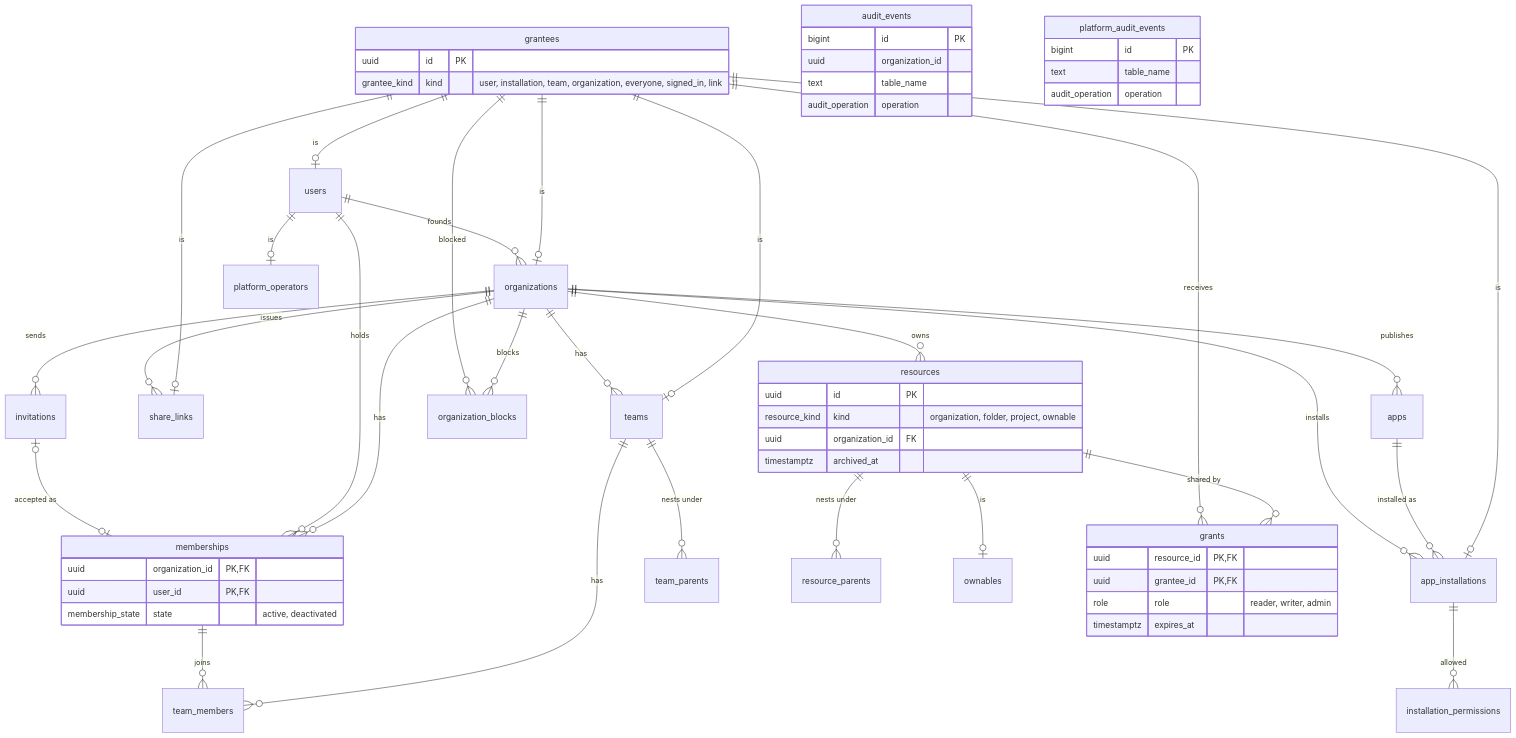
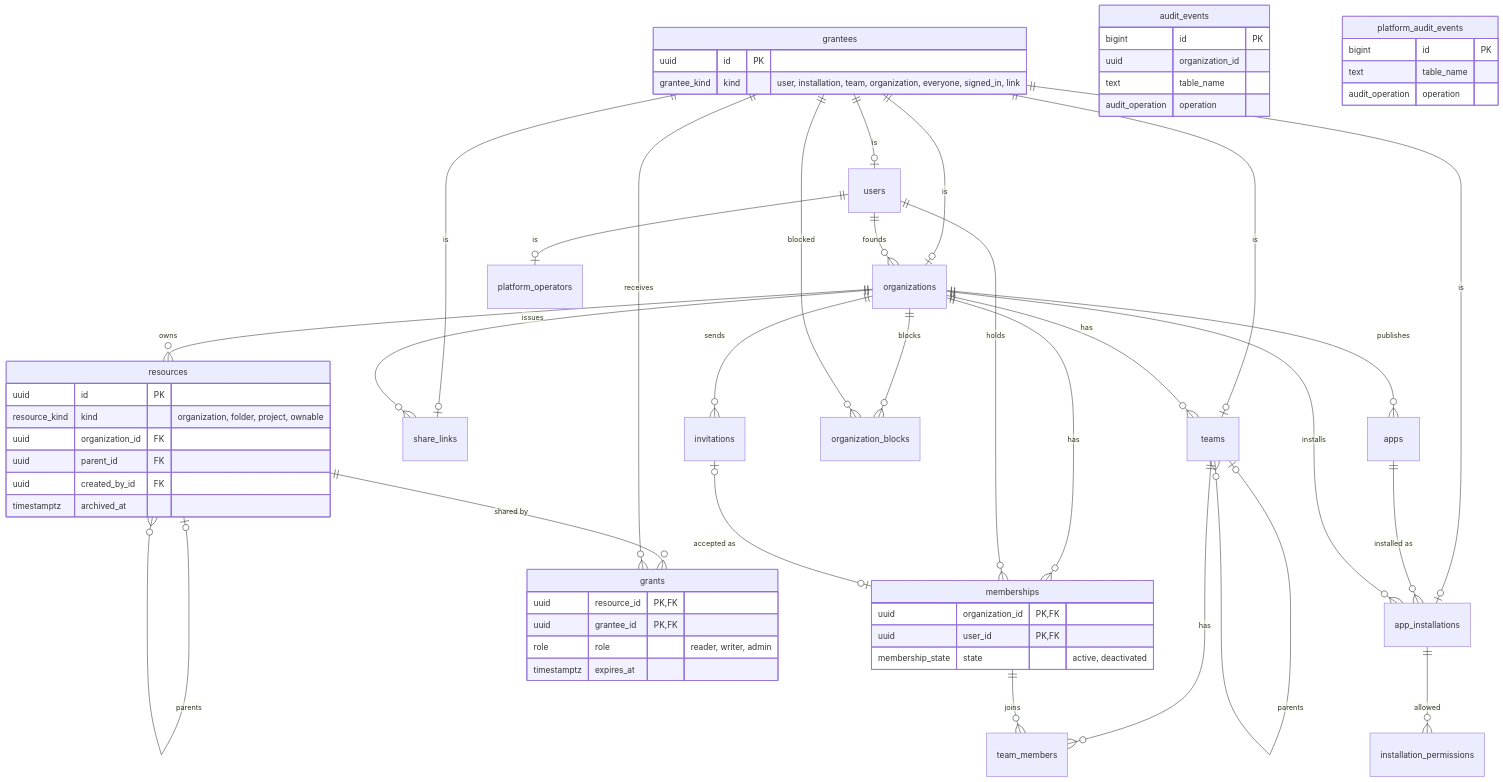
The diagram in README.md (connetto-rs/connetto-schema), drawn with Mermaid before and after one commit. The commit also changed other lines of this file and 50 other files, not shown here.

Commit message:
Fold resources and teams into single parent-keyed tables

````diff
--- a/README.md
+++ b/README.md
@@ -10,66 +10,67 @@
 ```mermaid
 erDiagram
     grantees ||--o| users : "is"
     grantees ||--o| organizations : "is"
     grantees ||--o| teams : "is"
     grantees ||--o| share_links : "is"
     grantees ||--o| app_installations : "is"
     users ||--o| platform_operators : "is"
 
     users ||--o{ organizations : "founds"
     organizations ||--o{ invitations : "sends"
     organizations ||--o{ memberships : "has"
     users ||--o{ memberships : "holds"
     invitations |o--o| memberships : "accepted as"
     organizations ||--o{ teams : "has"
-    teams ||--o{ team_parents : "nests under"
+    teams |o--o{ teams : "parents"
     teams ||--o{ team_members : "has"
     memberships ||--o{ team_members : "joins"
 
     organizations ||--o{ resources : "owns"
-    resources ||--o{ resource_parents : "nests under"
-    resources ||--o| ownables : "is"
+    resources |o--o{ resources : "parents"
     resources ||--o{ grants : "shared by"
     grantees ||--o{ grants : "receives"
     organizations ||--o{ share_links : "issues"
     organizations ||--o{ organization_blocks : "blocks"
     grantees ||--o{ organization_blocks : "blocked"
 
     organizations ||--o{ apps : "publishes"
     apps ||--o{ app_installations : "installed as"
     organizations ||--o{ app_installations : "installs"
     app_installations ||--o{ installation_permissions : "allowed"
 
     grantees {
         uuid id PK
         grantee_kind kind "user, installation, team, organization, everyone, signed_in, link"
     }
     resources {
         uuid id PK
         resource_kind kind "organization, folder, project, ownable"
         uuid organization_id FK
+        uuid parent_id FK
+        uuid created_by_id FK
         timestamptz archived_at
     }
     grants {
         uuid resource_id PK, FK
         uuid grantee_id PK, FK
         role role "reader, writer, admin"
         timestamptz expires_at
     }
     memberships {
         uuid organization_id PK, FK
         uuid user_id PK, FK
         membership_state state "active, deactivated"
     }
     audit_events {
         bigint id PK
         uuid organization_id
         text table_name
         audit_operation operation
     }
     platform_audit_events {
         bigint id PK
         text table_name
         audit_operation operation
     }
 ```
````
